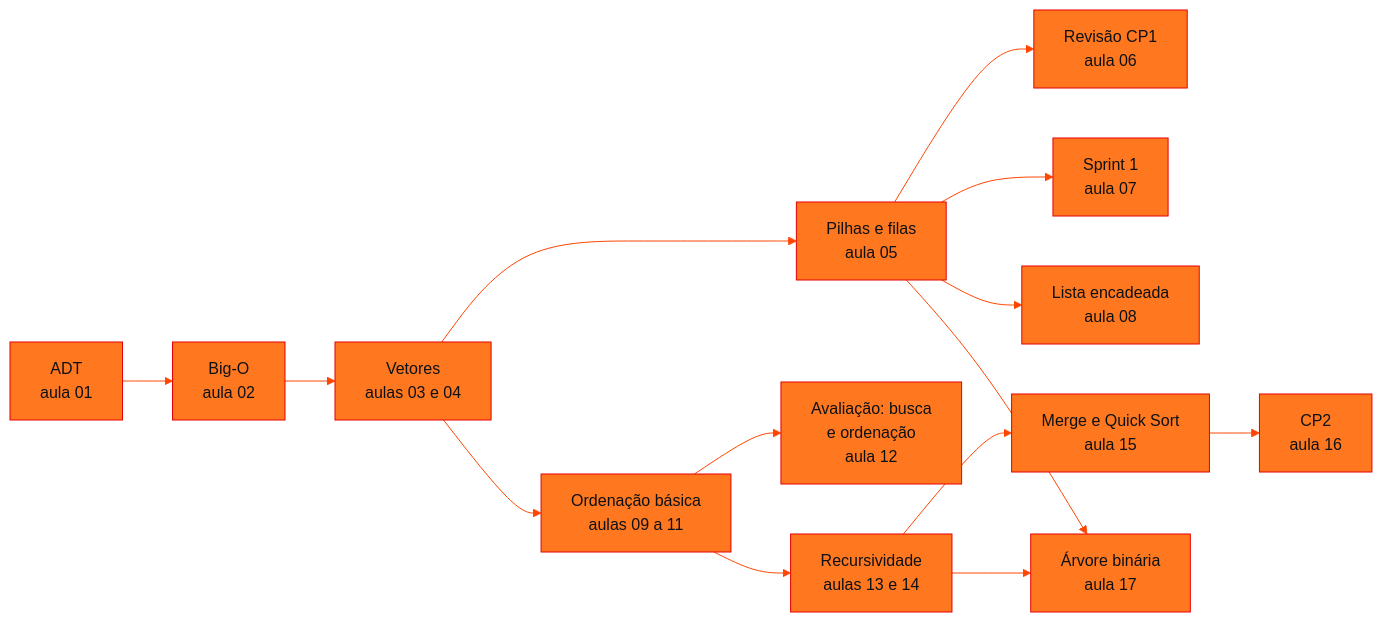
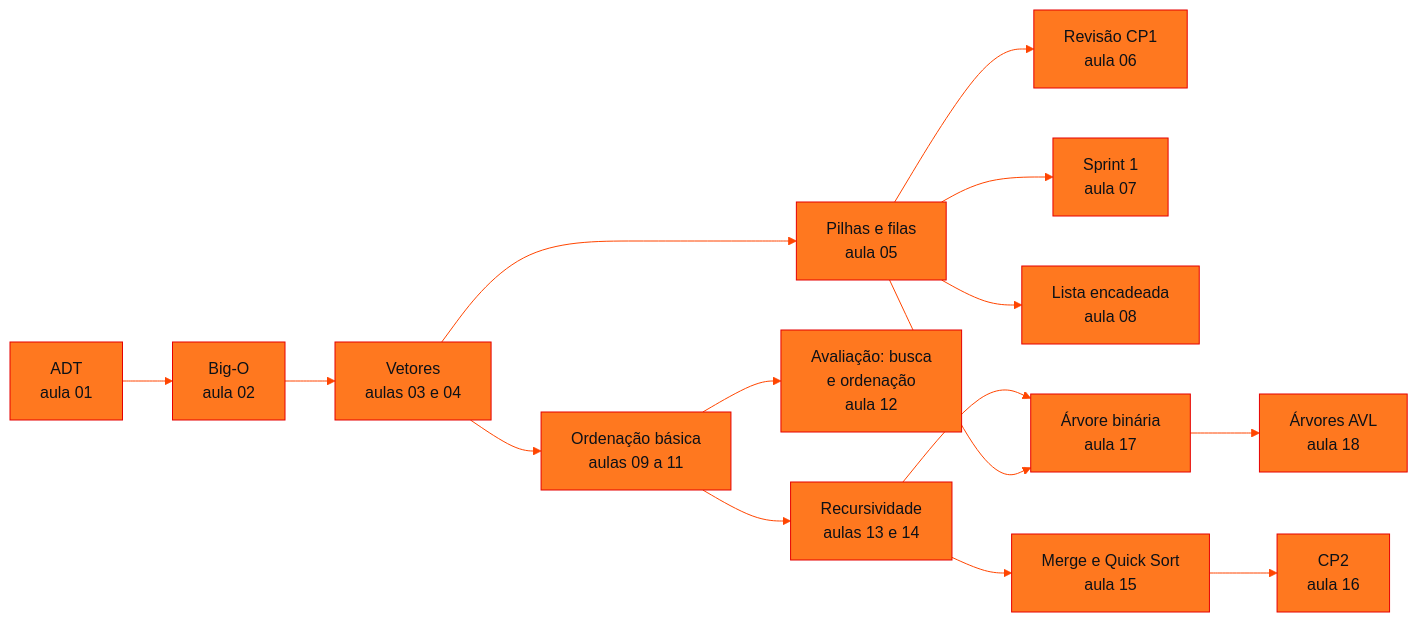
The diagram in data-structures-and-algorithms/README.md (RenanMano/cs-fiap-academic), drawn with Mermaid before and after one commit. The commit also changed other lines of this file and 9 other files, not shown here.

````diff
--- a/data-structures-and-algorithms/README.md
+++ b/data-structures-and-algorithms/README.md
@@ -140,17 +145,18 @@
 ```mermaid
 %%{init: {'theme': 'base', 'themeVariables': {'primaryColor': '#FF781F', 'primaryTextColor': '#0D1117', 'primaryBorderColor': '#E60000', 'lineColor': '#FF4500', 'secondaryColor': '#FFD8B8', 'tertiaryColor': '#FFF1E6', 'edgeLabelBackground': '#FFF1E6', 'fontFamily': 'Fira Code, monospace'}}}%%
 flowchart LR
     A["ADT<br/>aula 01"] --> B["Big-O<br/>aula 02"]
     B --> C["Vetores<br/>aulas 03 e 04"]
     C --> D["Pilhas e filas<br/>aula 05"]
     D --> E["Revisão CP1<br/>aula 06"]
     D --> F["Sprint 1<br/>aula 07"]
     D --> L["Lista encadeada<br/>aula 08"]
     C --> G["Ordenação básica<br/>aulas 09 a 11"]
     G --> V["Avaliação: busca<br/>e ordenação<br/>aula 12"]
     G --> H["Recursividade<br/>aulas 13 e 14"]
     H --> I["Merge e Quick Sort<br/>aula 15"]
     I --> J["CP2<br/>aula 16"]
     H --> K["Árvore binária<br/>aula 17"]
     D --> K
+    K --> AV["Árvores AVL<br/>aula 18"]
 ```
````
